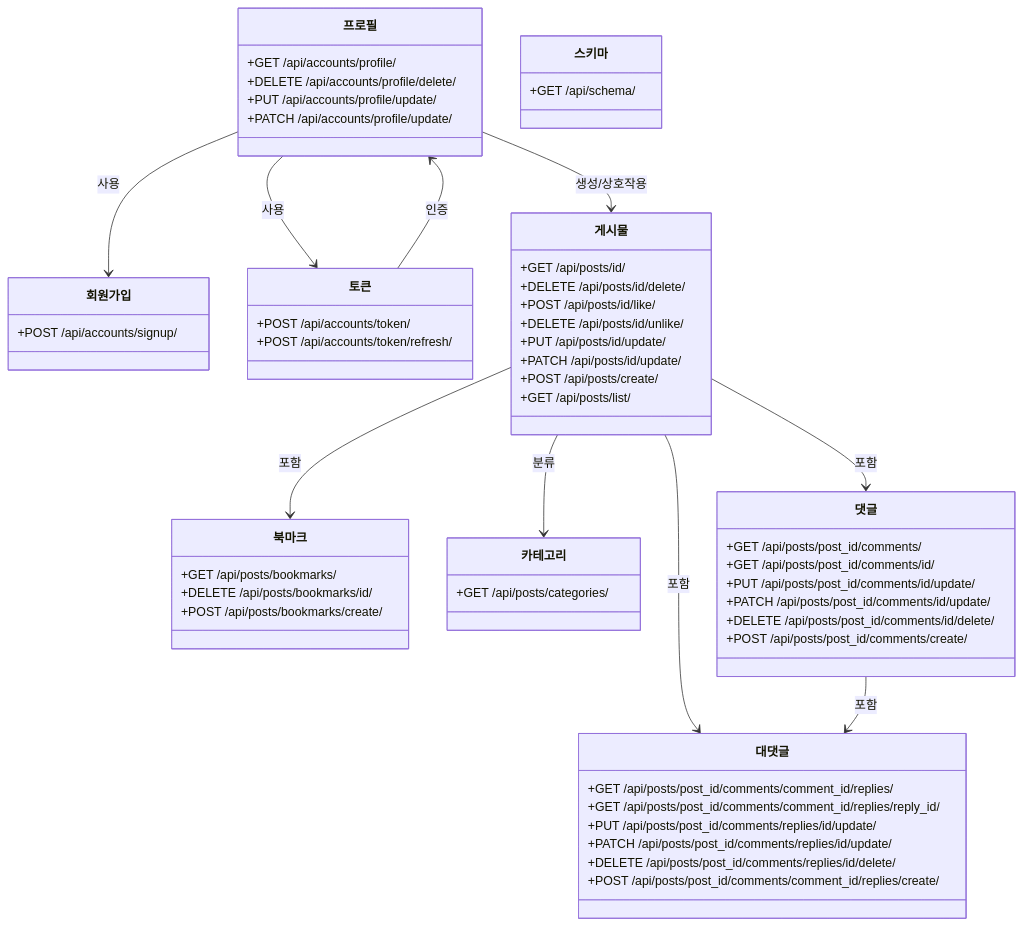
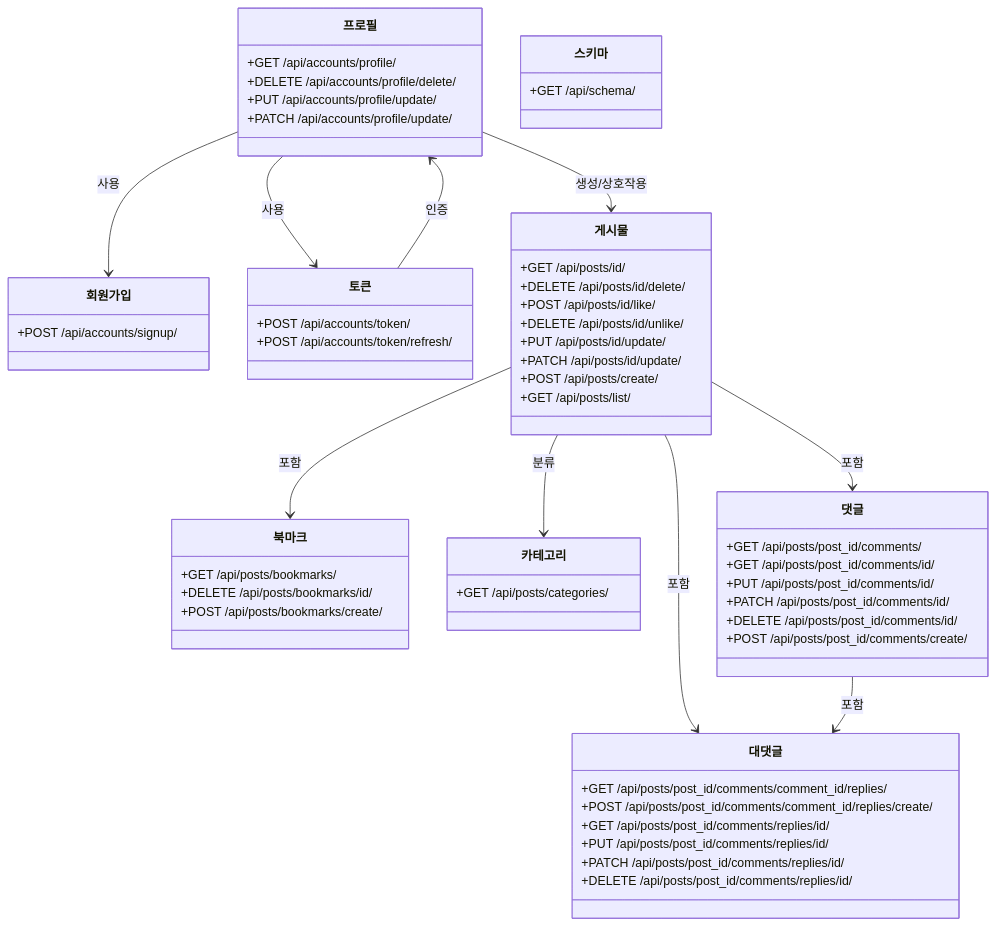
The first of 3 diagrams in README.md (AI-Inventory-Forecasting-Team/ai-inventory-forecasting), drawn with Mermaid before and after one commit.

````diff
--- a/README.md
+++ b/README.md
@@ -205,73 +205,74 @@
 ```mermaid
 classDiagram
   class 프로필 {
     +GET /api/accounts/profile/
     +DELETE /api/accounts/profile/delete/
     +PUT /api/accounts/profile/update/
     +PATCH /api/accounts/profile/update/
   }
 
   class 회원가입 {
     +POST /api/accounts/signup/
   }
 
   class 토큰 {
     +POST /api/accounts/token/
     +POST /api/accounts/token/refresh/
   }
 
   class 게시물 {
     +GET /api/posts/id/
     +DELETE /api/posts/id/delete/
     +POST /api/posts/id/like/
     +DELETE /api/posts/id/unlike/
     +PUT /api/posts/id/update/
     +PATCH /api/posts/id/update/
     +POST /api/posts/create/
     +GET /api/posts/list/
   }
 
   class 북마크 {
     +GET /api/posts/bookmarks/
     +DELETE /api/posts/bookmarks/id/
     +POST /api/posts/bookmarks/create/
   }
 
   class 카테고리 {
     +GET /api/posts/categories/
   }
 
   class 댓글 {
     +GET /api/posts/post_id/comments/
     +GET /api/posts/post_id/comments/id/
-    +PUT /api/posts/post_id/comments/id/update/
-    +PATCH /api/posts/post_id/comments/id/update/
-    +DELETE /api/posts/post_id/comments/id/delete/
+    +PUT /api/posts/post_id/comments/id/
+    +PATCH /api/posts/post_id/comments/id/
+    +DELETE /api/posts/post_id/comments/id/
     +POST /api/posts/post_id/comments/create/
   }
 
   class 대댓글 {
     +GET /api/posts/post_id/comments/comment_id/replies/
-    +GET /api/posts/post_id/comments/comment_id/replies/reply_id/
-    +PUT /api/posts/post_id/comments/replies/id/update/
-    +PATCH /api/posts/post_id/comments/replies/id/update/
-    +DELETE /api/posts/post_id/comments/replies/id/delete/
     +POST /api/posts/post_id/comments/comment_id/replies/create/
+    +GET /api/posts/post_id/comments/replies/id/
+    +PUT /api/posts/post_id/comments/replies/id/
+    +PATCH /api/posts/post_id/comments/replies/id/
+    +DELETE /api/posts/post_id/comments/replies/id/
   }
+
 
   class 스키마 {
     +GET /api/schema/
   }
 
   프로필 --> 회원가입 : 사용
   프로필 --> 토큰 : 사용
   게시물 --> 댓글 : 포함
   게시물 --> 대댓글 : 포함
   게시물 --> 북마크 : 포함
   게시물 --> 카테고리 : 분류
   프로필 --> 게시물 : 생성/상호작용
   토큰 --> 프로필 : 인증
   댓글 --> 대댓글 : 포함
 
 
 ```
````
